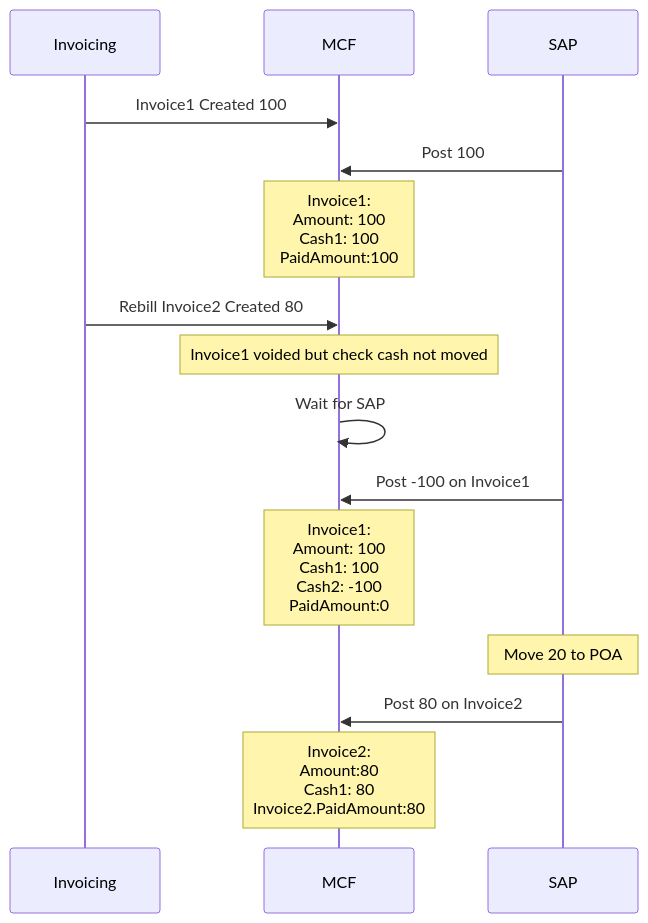
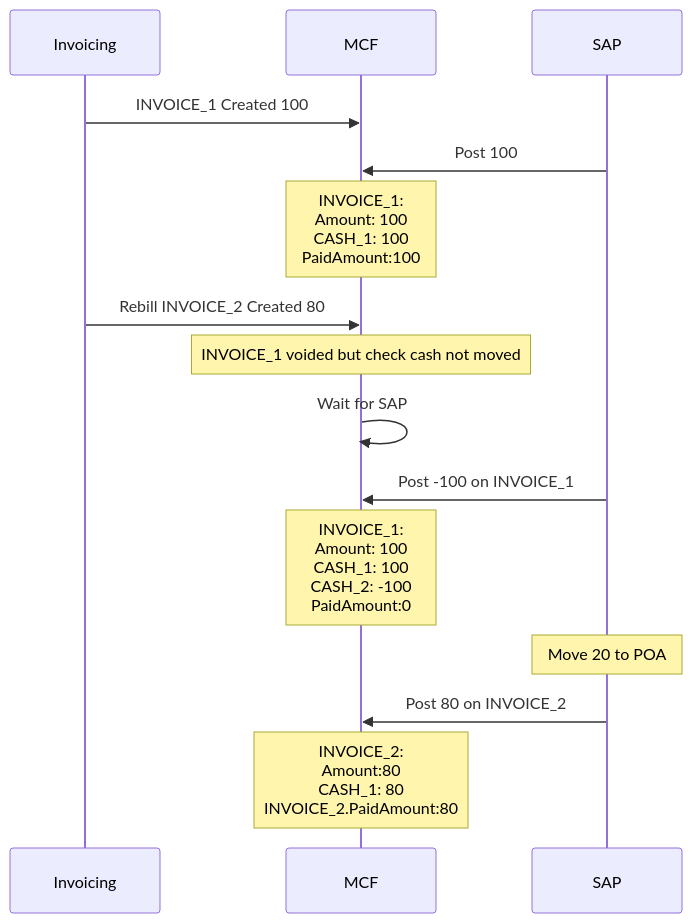
Diagram 13 of 17 in MCF-SAP Scenarios.md (vikramsinha/test1), drawn with Mermaid before and after one commit. The commit also changed other lines of this file, not shown here.

Commit message:
Update MCF-SAP Scenarios.md

````diff
--- a/MCF-SAP Scenarios.md
+++ b/MCF-SAP Scenarios.md
@@ -181,18 +256,18 @@
 ```mermaid
 %%{init: {'theme': 'default'} }%%
 sequenceDiagram
     participant Invoicing
     participant MCF
     participant SAP
-    Invoicing->>MCF: Invoice1 Created 100    
+    Invoicing->>MCF: INVOICE_1 Created 100    
     SAP->>MCF: Post 100
-    Note over MCF: Invoice1:<br/>Amount: 100<br/>Cash1: 100<br/>PaidAmount:100
-    Invoicing->>MCF: Rebill Invoice2 Created 80
-    Note over MCF: Invoice1 voided but check cash not moved
+    Note over MCF: INVOICE_1:<br/>Amount: 100<br/>CASH_1: 100<br/>PaidAmount:100
+    Invoicing->>MCF: Rebill INVOICE_2 Created 80
+    Note over MCF: INVOICE_1 voided but check cash not moved
     MCF->>MCF: Wait for SAP
-    SAP->>MCF: Post -100 on Invoice1
-    Note over MCF: Invoice1:<br/>Amount: 100<br/>Cash1: 100<br/>Cash2: -100<br/>PaidAmount:0
+    SAP->>MCF: Post -100 on INVOICE_1
+    Note over MCF: INVOICE_1:<br/>Amount: 100<br/>CASH_1: 100<br/>CASH_2: -100<br/>PaidAmount:0
     Note over SAP: Move 20 to POA
-    SAP->>MCF: Post 80 on Invoice2
-    Note over MCF: Invoice2:<br/>Amount:80<br/>Cash1: 80<br/>Invoice2.PaidAmount:80
+    SAP->>MCF: Post 80 on INVOICE_2
+    Note over MCF: INVOICE_2:<br/>Amount:80<br/>CASH_1: 80<br/>INVOICE_2.PaidAmount:80
 ```
````
